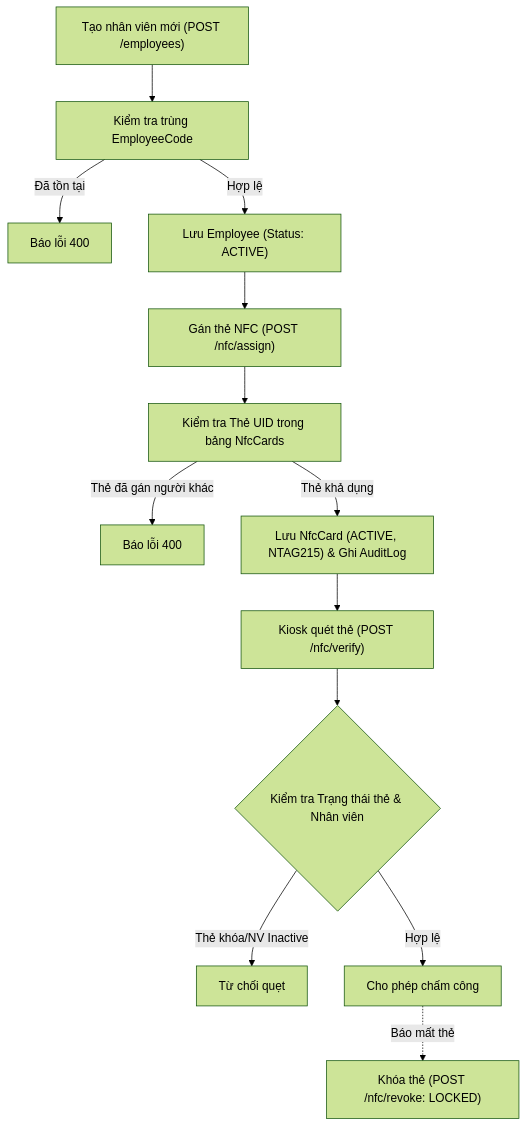
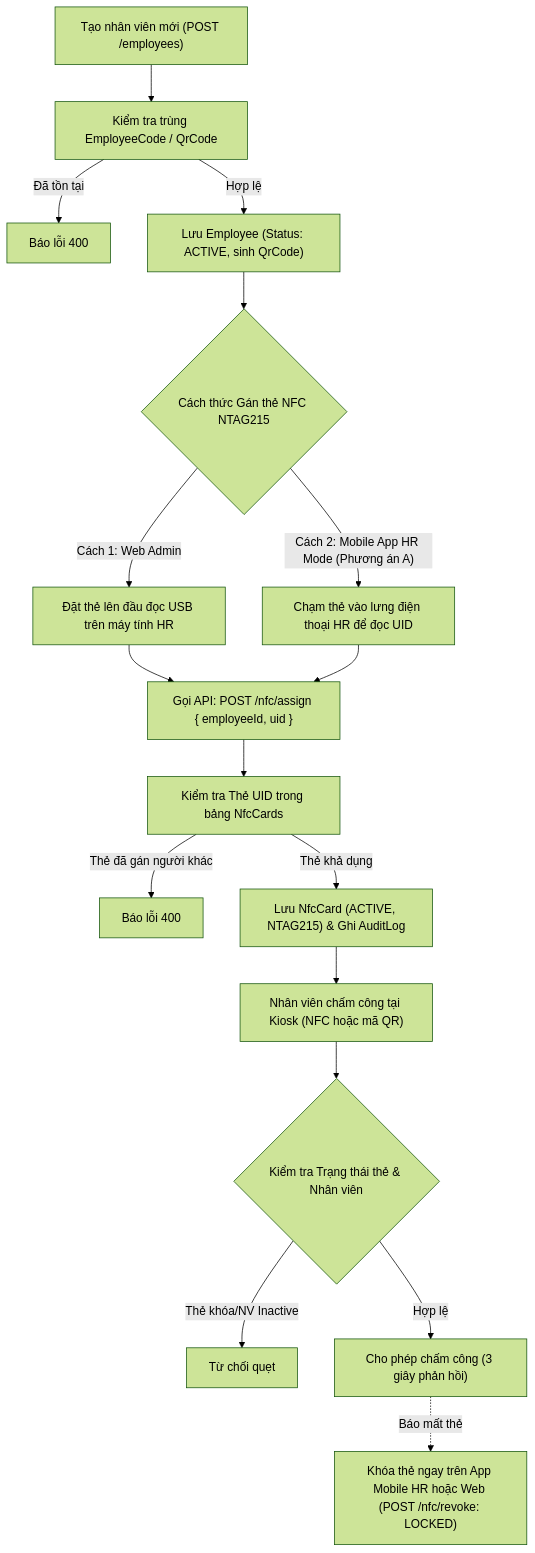
Before and after one commit to askaan-oss/appchamcongnhanvien: the second of 7 diagrams in map/check.md, drawn with Mermaid (forest theme). The commit also changed other lines of this file and 16 other files, not shown here.

````diff
--- a/map/check.md
+++ b/map/check.md
@@ -534,15 +534,18 @@
 ```mermaid
 flowchart TD
-    A["Tạo nhân viên mới (POST /employees)"] --> B["Kiểm tra trùng EmployeeCode"]
+    A["Tạo nhân viên mới (POST /employees)"] --> B["Kiểm tra trùng EmployeeCode / QrCode"]
     B -- Đã tồn tại --> B1["Báo lỗi 400"]
-    B -- Hợp lệ --> C["Lưu Employee (Status: ACTIVE)"]
-    C --> D["Gán thẻ NFC (POST /nfc/assign)"]
-    D --> E["Kiểm tra Thẻ UID trong bảng NfcCards"]
+    B -- Hợp lệ --> C["Lưu Employee (Status: ACTIVE, sinh QrCode)"]
+    C --> D{"Cách thức Gán thẻ NFC NTAG215"}
+    D -- Cách 1: Web Admin --> D1["Đặt thẻ lên đầu đọc USB trên máy tính HR"]
+    D -- Cách 2: Mobile App HR Mode (Phương án A) --> D2["Chạm thẻ vào lưng điện thoại HR để đọc UID"]
+    D1 & D2 --> D3["Gọi API: POST /nfc/assign { employeeId, uid }"]
+    D3 --> E["Kiểm tra Thẻ UID trong bảng NfcCards"]
     E -- Thẻ đã gán người khác --> E1["Báo lỗi 400"]
     E -- Thẻ khả dụng --> F["Lưu NfcCard (ACTIVE, NTAG215) & Ghi AuditLog"]
-    F --> G["Kiosk quét thẻ (POST /nfc/verify)"]
+    F --> G["Nhân viên chấm công tại Kiosk (NFC hoặc mã QR)"]
     G --> H{"Kiểm tra Trạng thái thẻ & Nhân viên"}
     H -- Thẻ khóa/NV Inactive --> H1["Từ chối quẹt"]
-    H -- Hợp lệ --> H2["Cho phép chấm công"]
-    H2 -. Báo mất thẻ .-> I["Khóa thẻ (POST /nfc/revoke: LOCKED)"]
+    H -- Hợp lệ --> H2["Cho phép chấm công (3 giây phản hồi)"]
+    H2 -. Báo mất thẻ .-> I["Khóa thẻ ngay trên App Mobile HR hoặc Web (POST /nfc/revoke: LOCKED)"]
 ```
````
